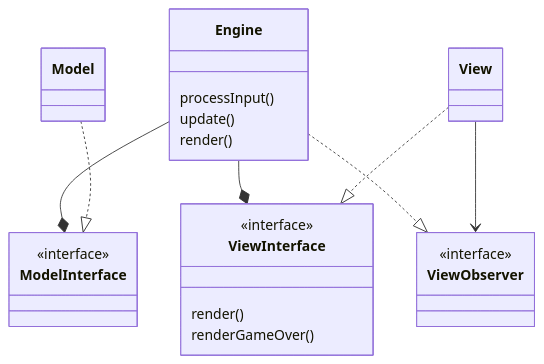
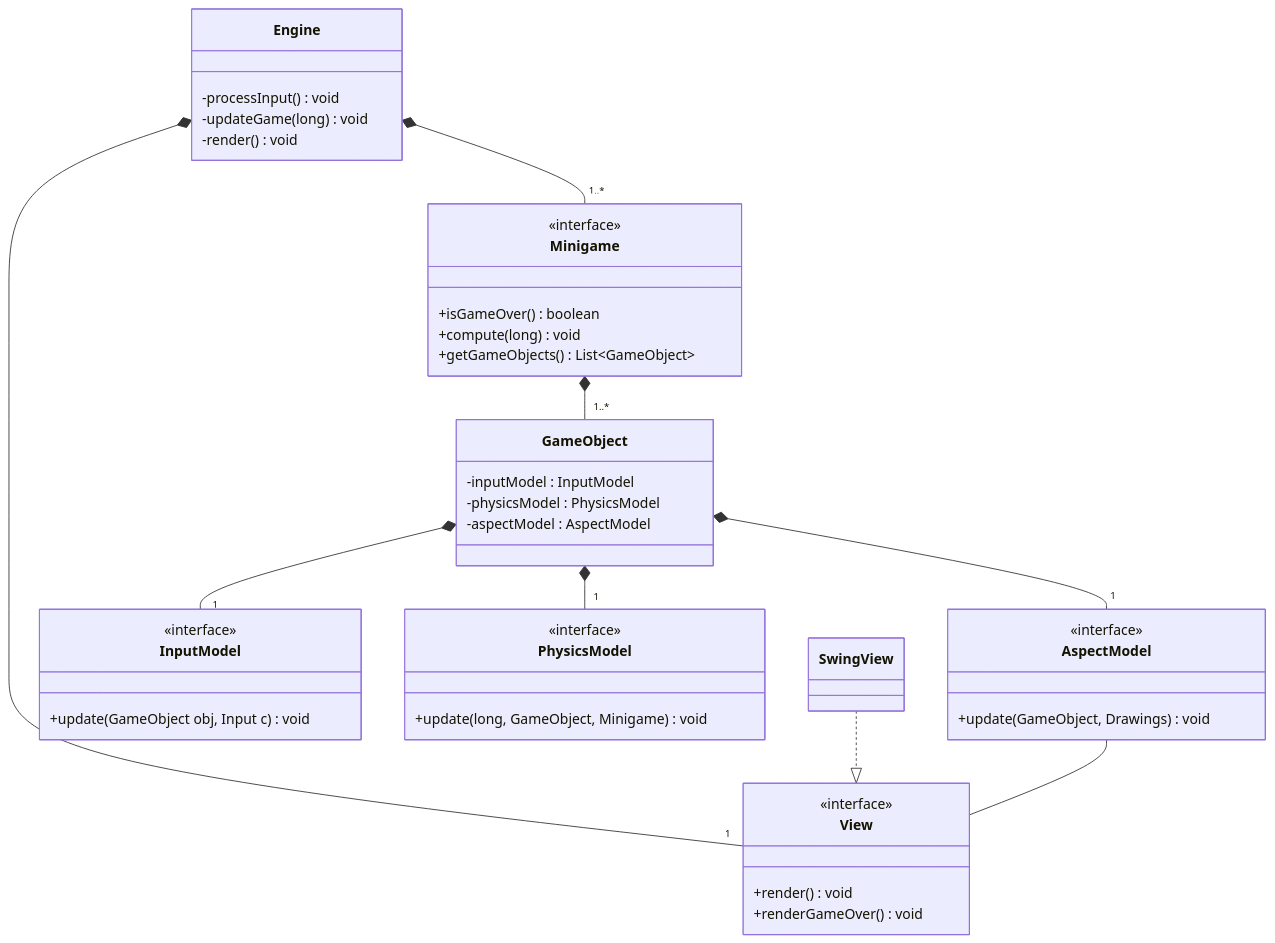
The diagram in documentation/diagrams/architecture.md (leo-tasso/OOP22-mtsk-game), drawn with Mermaid before and after one commit. The commit also changed 6 other files, not shown here.

Commit message:
Updated both domain's & architecture's UML

```diff
--- a/documentation/diagrams/architecture.md
+++ b/documentation/diagrams/architecture.md
@@ -1,33 +1,51 @@
 ::: mermaid
 classDiagram
-    Engine --* ModelInterface 
-    Engine --* ViewInterface 
-    Engine ..|> ViewObserver
-    View --> ViewObserver
-    View ..|> ViewInterface
-    Model ..|> ModelInterface
+    Engine *-- "1..*" Minigame 
+    Engine *-- "1" View
+    SwingView ..|> View
+    Minigame *-- "1..*" GameObject
+    GameObject *-- "1" InputModel
+    GameObject *-- "1" PhysicsModel
+    GameObject *-- "1" AspectModel
+    AspectModel -- View
 
     class Engine{
-    processInput()
-    update()
-    render()
+    -processInput() void
+    -updateGame(long) void
+    -render() void
     }
 
-    class ViewInterface{
+    class View{
     <<interface>>
-    render()
-    renderGameOver()
+    +render() void
+    +renderGameOver() void
     }
 
-    class ModelInterface{
+    class Minigame{
     <<interface>>
+    +isGameOver() boolean
+    +compute(long) void
+    +getGameObjects() List~GameObject~
     }
 
-    class ViewInterface{
-    <<interface>>
+    class GameObject{
+    -inputModel : InputModel 
+    -physicsModel : PhysicsModel
+    -aspectModel : AspectModel
     }
 
-    class ViewObserver{
+    class InputModel{
     <<interface>>
+    +update(GameObject obj, Input c) void
+    }
+
+    class PhysicsModel{
+    <<interface>>
+    +update(long, GameObject, Minigame) void
+    }
+
+    class AspectModel{
+    <<interface>>
+    +update(GameObject, Drawings) void
     }
 :::
```
